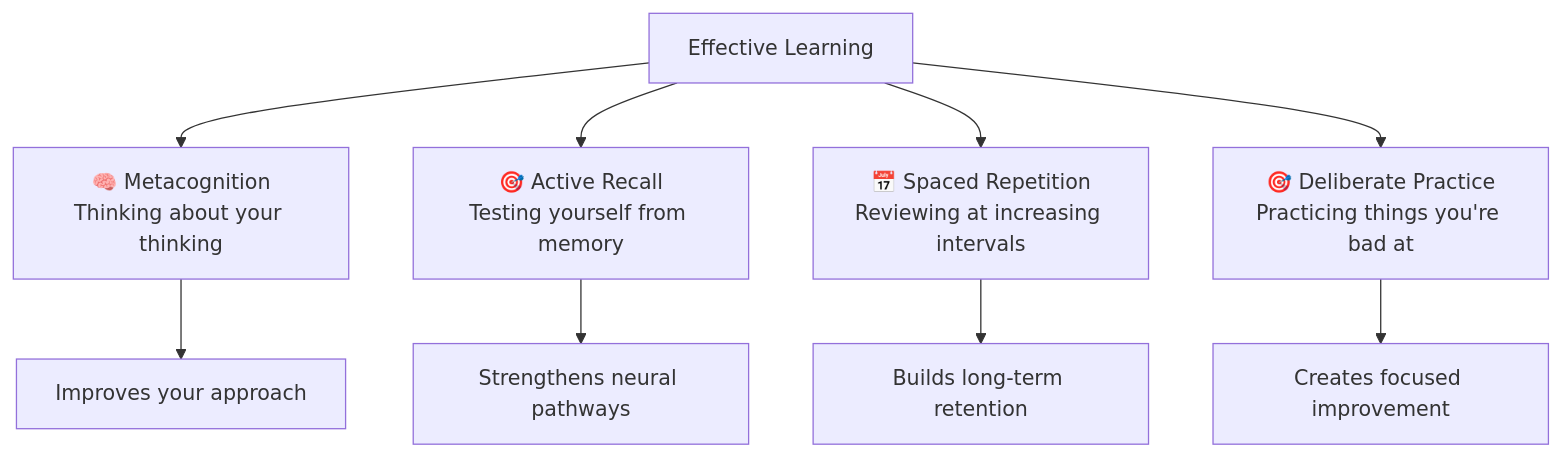
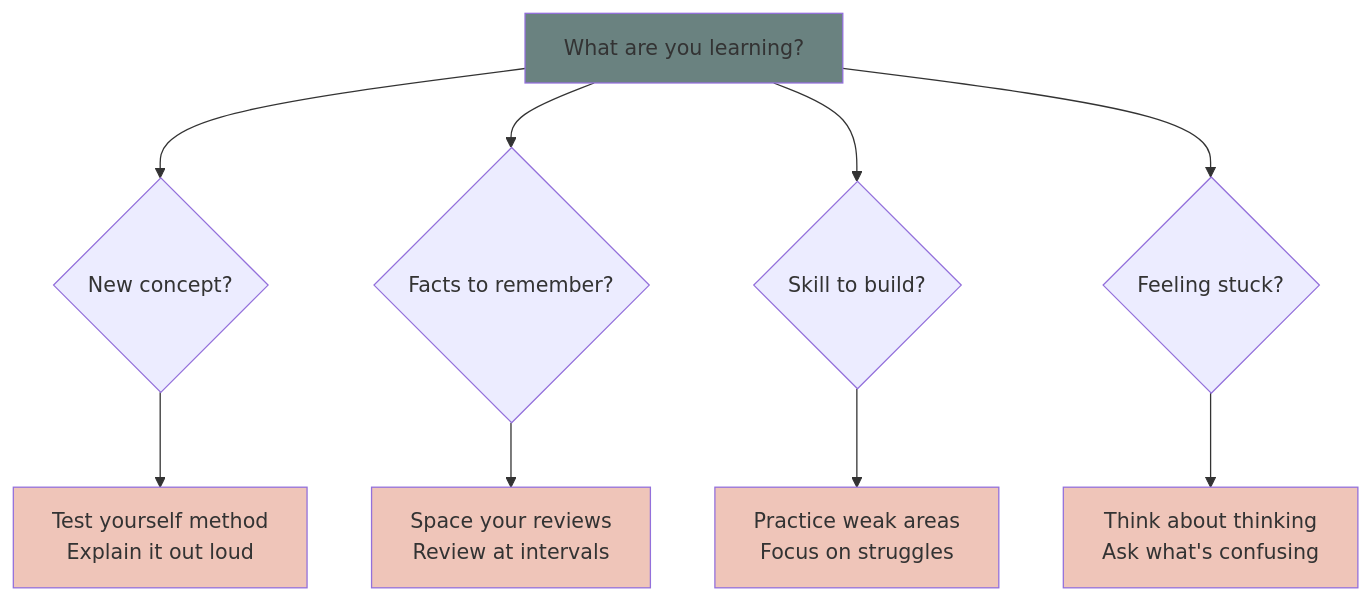
The fifth of 5 diagrams in how-to-learn-anything.md (ninabrenes/ai-for-normal-people), drawn with Mermaid before and after one commit. The commit also changed other lines of this file, not shown here.

````diff
--- a/how-to-learn-anything.md
+++ b/how-to-learn-anything.md
@@ -89,12 +145,18 @@
 ```mermaid
 graph TD
-    A[Effective Learning] --> B[🧠 Metacognition<br/>Thinking about your thinking]
-    A --> C[🎯 Active Recall<br/>Testing yourself from memory]
-    A --> D[📅 Spaced Repetition<br/>Reviewing at increasing intervals]
-    A --> E[🎯 Deliberate Practice<br/>Practicing things you're bad at]
+    A[What are you learning?] --> B{New concept?}
+    A --> C{Facts to remember?}
+    A --> D{Skill to build?}
+    A --> E{Feeling stuck?}
     
-    B --> F[Improves your approach]
-    C --> G[Strengthens neural pathways]
-    D --> H[Builds long-term retention]
-    E --> I[Creates focused improvement]
+    B --> B1[Test yourself method<br/>Explain it out loud]
+    C --> C1[Space your reviews<br/>Review at intervals]
+    D --> D1[Practice weak areas<br/>Focus on struggles]
+    E --> E1[Think about thinking<br/>Ask what's confusing]
+    
+    style A fill:#6a8280
+    style B1 fill:#efc5b9
+    style C1 fill:#efc5b9
+    style D1 fill:#efc5b9
+    style E1 fill:#efc5b9
 ```
````
